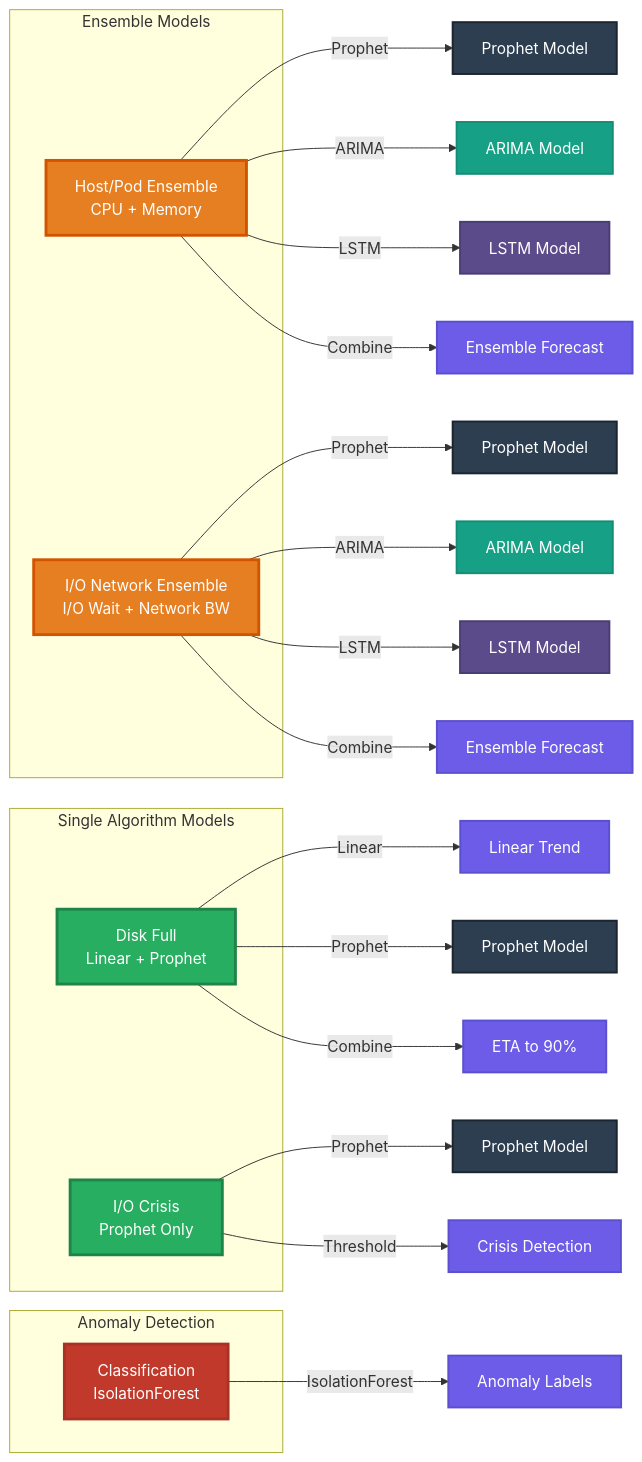
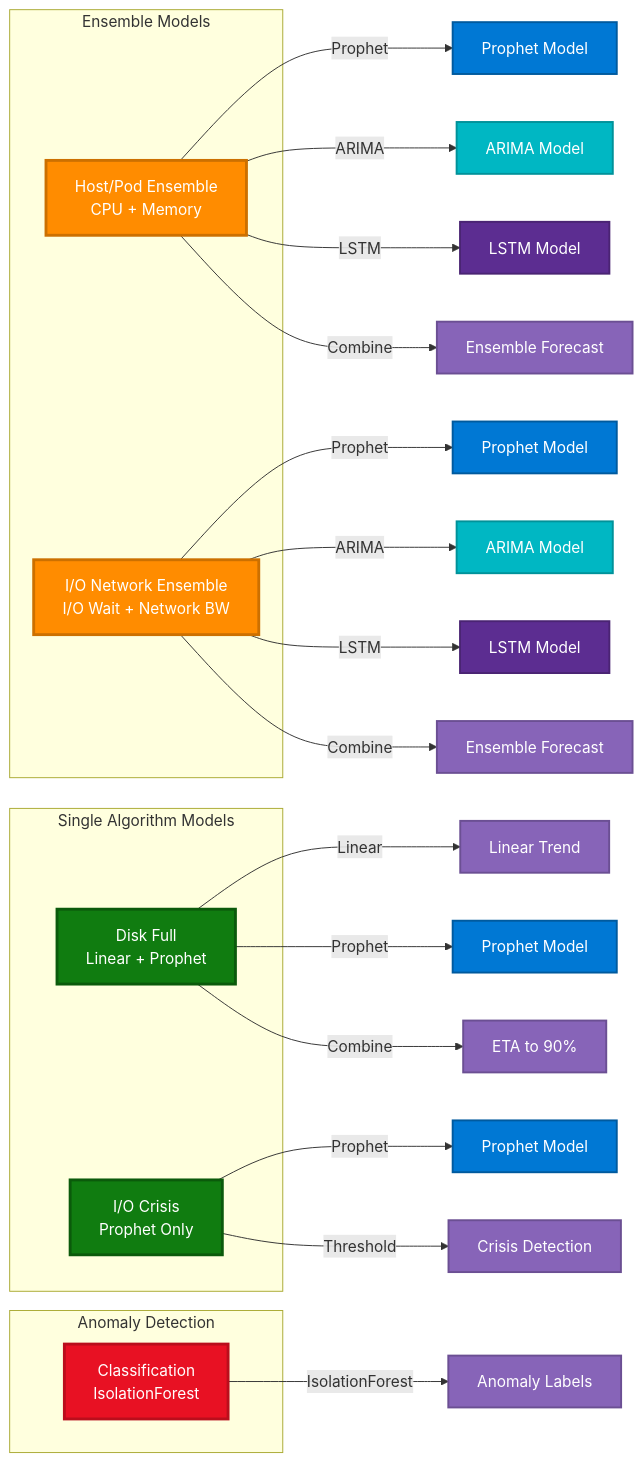
Before and after one commit to k8sautom8/metrics-ml: the second of 11 diagrams in Docs/VISUAL_ARCHITECTURE_GUIDE.md, drawn with Mermaid. The commit also changed other lines of this file, not shown here.

````diff
--- a/Docs/VISUAL_ARCHITECTURE_GUIDE.md
+++ b/Docs/VISUAL_ARCHITECTURE_GUIDE.md
@@ -122,51 +122,51 @@
 ```mermaid
 graph LR
     subgraph "Ensemble Models"
         HPE[Host/Pod Ensemble<br/>CPU + Memory]
         IOE[I/O Network Ensemble<br/>I/O Wait + Network BW]
     end
     
     subgraph "Single Algorithm Models"
         DFM[Disk Full<br/>Linear + Prophet]
         IOC[I/O Crisis<br/>Prophet Only]
     end
     
     subgraph "Anomaly Detection"
         CLS[Classification<br/>IsolationForest]
     end
     
     HPE --> |Prophet| P1[Prophet Model]
     HPE --> |ARIMA| A1[ARIMA Model]
     HPE --> |LSTM| L1[LSTM Model]
     HPE --> |Combine| E1[Ensemble Forecast]
     
     IOE --> |Prophet| P2[Prophet Model]
     IOE --> |ARIMA| A2[ARIMA Model]
     IOE --> |LSTM| L2[LSTM Model]
     IOE --> |Combine| E2[Ensemble Forecast]
     
     DFM --> |Linear| LT[Linear Trend]
     DFM --> |Prophet| P3[Prophet Model]
     DFM --> |Combine| E3[ETA to 90%]
     
     IOC --> |Prophet| P4[Prophet Model]
     IOC --> |Threshold| CR[Crisis Detection]
     
     CLS --> |IsolationForest| IF[Anomaly Labels]
     
-    classDef ensemble fill:#E67E22,stroke:#D35400,stroke-width:3px,color:#fff
-    classDef singleAlgo fill:#27AE60,stroke:#1E8449,stroke-width:3px,color:#fff
-    classDef anomaly fill:#C0392B,stroke:#A93226,stroke-width:3px,color:#fff
-    classDef prophet fill:#2C3E50,stroke:#1A252F,stroke-width:2px,color:#fff
-    classDef arima fill:#16A085,stroke:#138D75,stroke-width:2px,color:#fff
-    classDef lstm fill:#5B4B8A,stroke:#4A3D73,stroke-width:2px,color:#fff
-    classDef output fill:#6C5CE7,stroke:#5A4FCF,stroke-width:2px,color:#fff
+    classDef ensemble fill:#FF8C00,stroke:#CC7000,stroke-width:3px,color:#fff
+    classDef singleAlgo fill:#107C10,stroke:#0B5A0B,stroke-width:3px,color:#fff
+    classDef anomaly fill:#E81123,stroke:#BA0E1C,stroke-width:3px,color:#fff
+    classDef prophet fill:#0078D4,stroke:#005A9E,stroke-width:2px,color:#fff
+    classDef arima fill:#00B7C3,stroke:#00929A,stroke-width:2px,color:#fff
+    classDef lstm fill:#5C2D91,stroke:#4A2473,stroke-width:2px,color:#fff
+    classDef output fill:#8764B8,stroke:#6B4F93,stroke-width:2px,color:#fff
     
     class HPE,IOE ensemble
     class DFM,IOC singleAlgo
     class CLS anomaly
     class P1,P2,P3,P4 prophet
     class A1,A2 arima
     class L1,L2 lstm
     class E1,E2,E3,CR,LT,IF output
 ```
````
